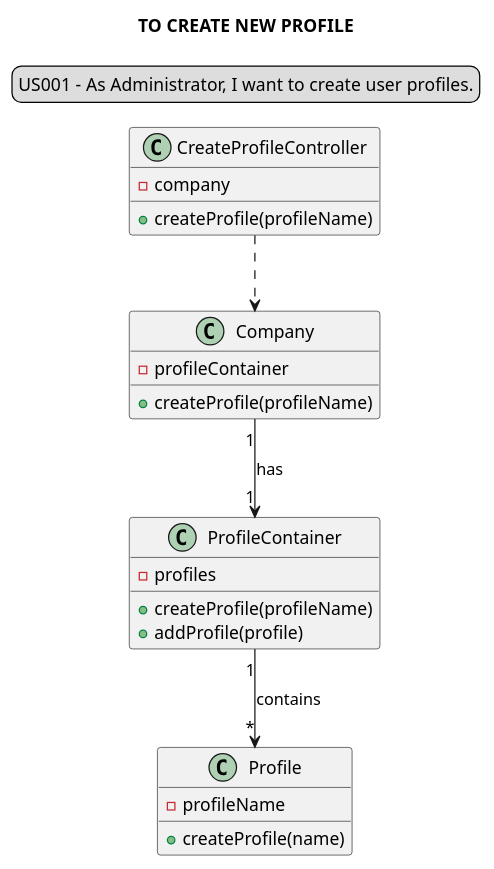
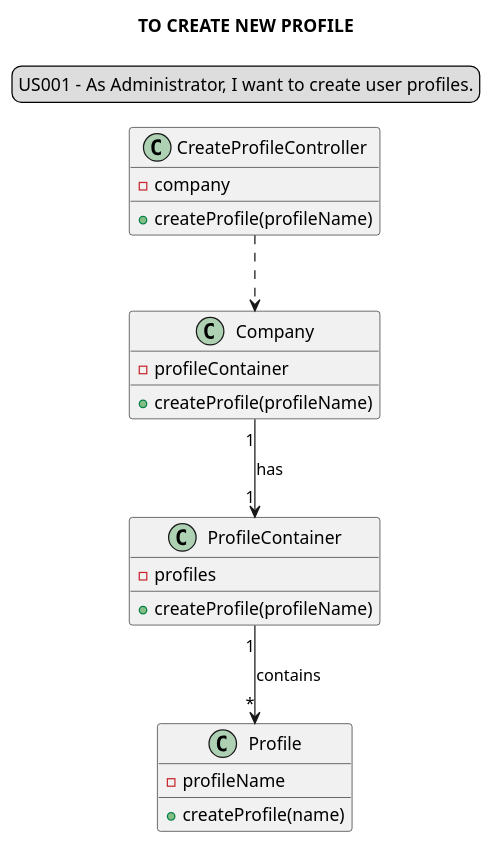
The diagram in docs/modelling_design/user_stories/us001/US001_classDiagram.puml (Loracline/project_switch_22-23), drawn with PlantUML before and after one commit. The commit also changed 1 other file, not shown here.

Commit message:
US001|US013 : Design : refinement of class diagram.

```diff
--- a/docs/modelling_design/user_stories/us001/US001_classDiagram.puml
+++ b/docs/modelling_design/user_stories/us001/US001_classDiagram.puml
@@ -1,34 +1,33 @@
 @startuml
 'https://plantuml.com/class-diagram
 skinparam sequenceMessageAlign center
 title TO CREATE NEW PROFILE
 legend top
 US001 - As Administrator, I want to create user profiles.
 end legend
 
 class "CreateProfileController" {
 -company
 +createProfile(profileName)
 }
 
 class "Company" {
 -profileContainer
 +createProfile(profileName)
 }
 
 class "ProfileContainer"{
 -profiles
 +createProfile(profileName)
-+addProfile(profile)
 }
 
 class "Profile"{
 -profileName
 +createProfile(name)
 }
 
 "CreateProfileController" ..>  "Company"
 "Company" "1"-->"1" "ProfileContainer": has
 "ProfileContainer" "1" --> "*" "Profile": contains
 
 @enduml
```
